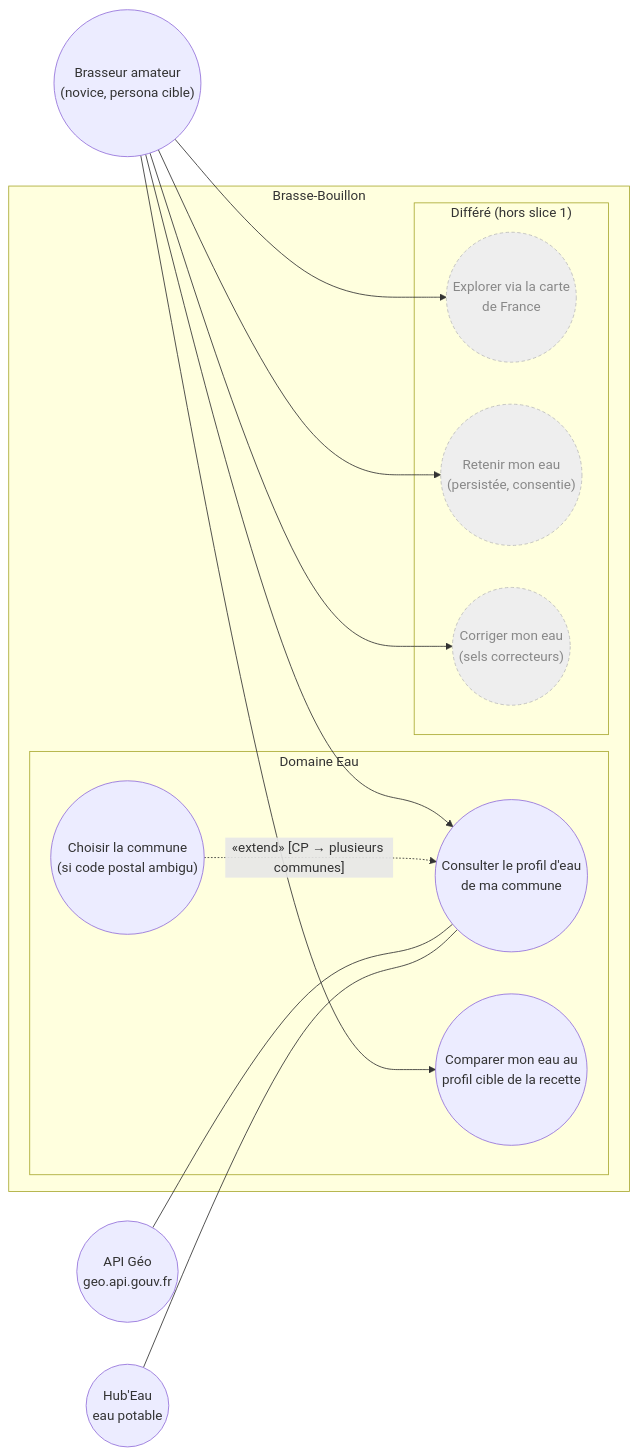
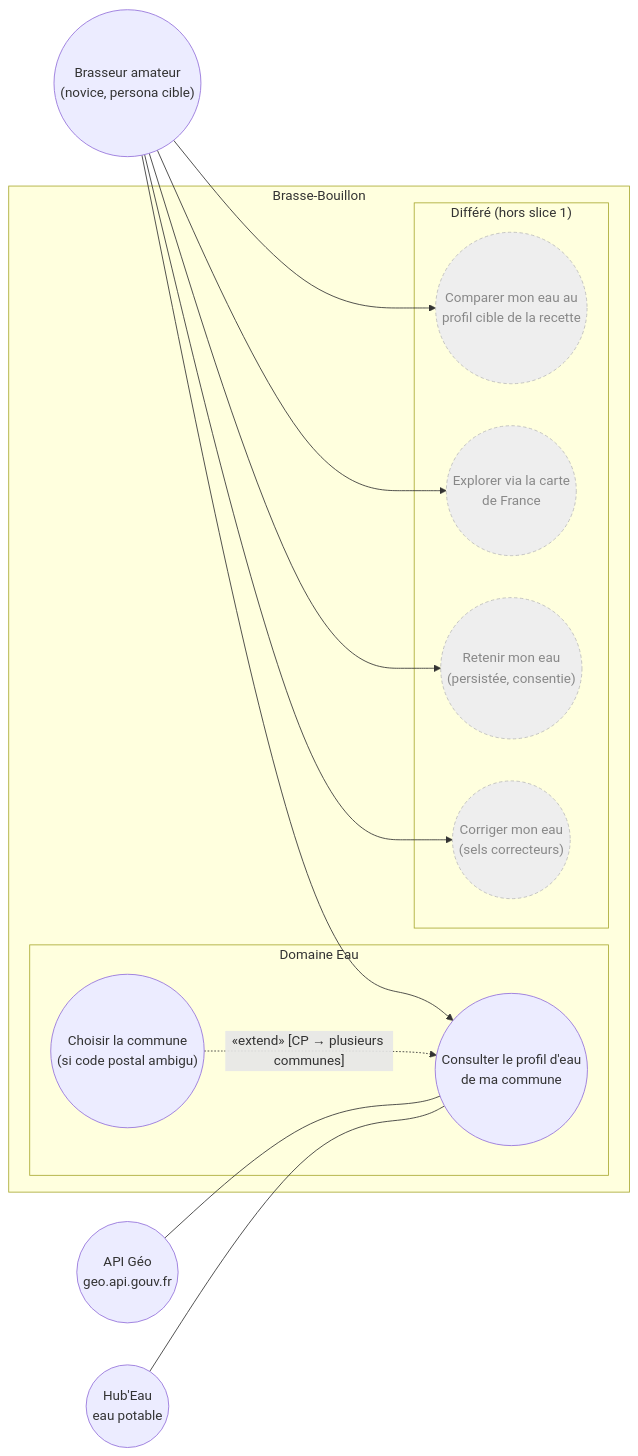
One commit to benoit-bremaud/brasse-bouillon changed the diagram in docs/architecture/diagrams/water-profile/01-use-case.md. Above: the diagram before and after it, drawn with Mermaid. The commit also changed other lines of this file and 11 other files, not shown here.

````diff
--- a/docs/architecture/diagrams/water-profile/01-use-case.md
+++ b/docs/architecture/diagrams/water-profile/01-use-case.md
@@ -18,32 +18,32 @@
 ```mermaid
 flowchart LR
   Brewer(("Brasseur amateur<br/>(novice, persona cible)"))
   GeoApi(("API Géo<br/>geo.api.gouv.fr"))
   HubEau(("Hub'Eau<br/>eau potable"))
 
   subgraph SYSTEM ["Brasse-Bouillon"]
     subgraph Eau ["Domaine Eau"]
       UC1(("Consulter le profil d'eau<br/>de ma commune"))
       UC2(("Choisir la commune<br/>(si code postal ambigu)"))
-      UC3(("Comparer mon eau au<br/>profil cible de la recette"))
     end
     subgraph Differe ["Différé (hors slice 1)"]
+      UC3(("Comparer mon eau au<br/>profil cible de la recette"))
       D1(("Explorer via la carte<br/>de France"))
       D2(("Retenir mon eau<br/>(persistée, consentie)"))
       D3(("Corriger mon eau<br/>(sels correcteurs)"))
     end
   end
 
   Brewer --> UC1
-  Brewer --> UC3
   UC2 -.->|"«extend» [CP → plusieurs communes]"| UC1
   GeoApi --- UC1
   HubEau --- UC1
 
+  Brewer --> UC3
   Brewer --> D1
   Brewer --> D2
   Brewer --> D3
 
   classDef deferred fill:#eee,stroke:#bbb,stroke-dasharray:4 3,color:#888
-  class D1,D2,D3 deferred
+  class UC3,D1,D2,D3 deferred
 ```
````
